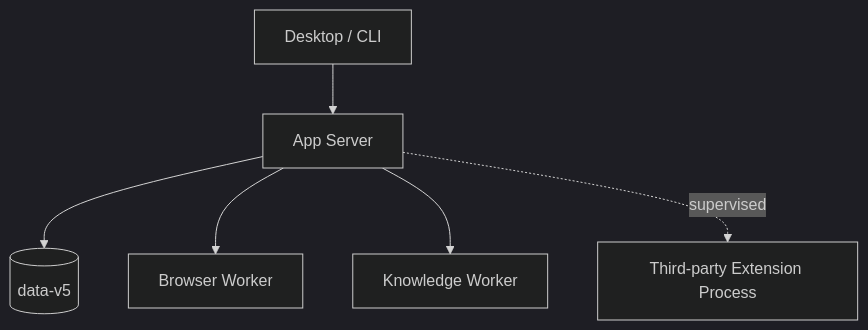
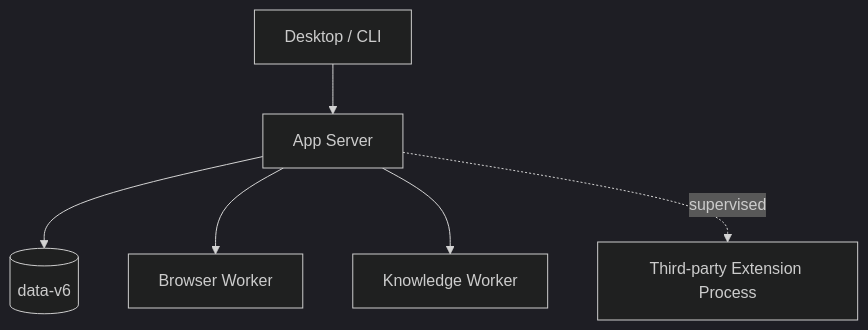
The diagram in docs/repository-layout.md (CogniCodeGen/JavaClaw), drawn with Mermaid (dark theme) before and after one commit. The commit also changed other lines of this file and 1199 other files, not shown here.

````diff
--- a/docs/repository-layout.md
+++ b/docs/repository-layout.md
@@ -48,8 +48,8 @@
 ```mermaid
 flowchart TB
     CLIENT[Desktop / CLI] --> SERVER[App Server]
-    SERVER --> DB[(data-v5)]
+    SERVER --> DB[(data-v6)]
     SERVER --> BROWSER[Browser Worker]
     SERVER --> KNOWLEDGE[Knowledge Worker]
     SERVER -. supervised .-> THIRD[Third-party Extension Process]
 ```
````
